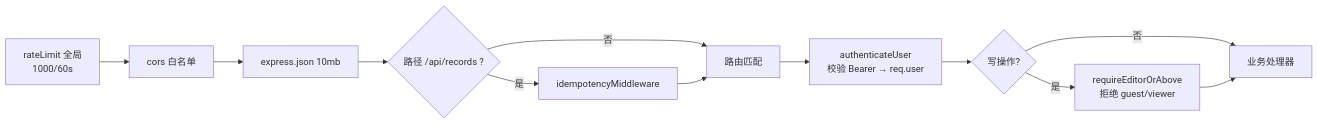
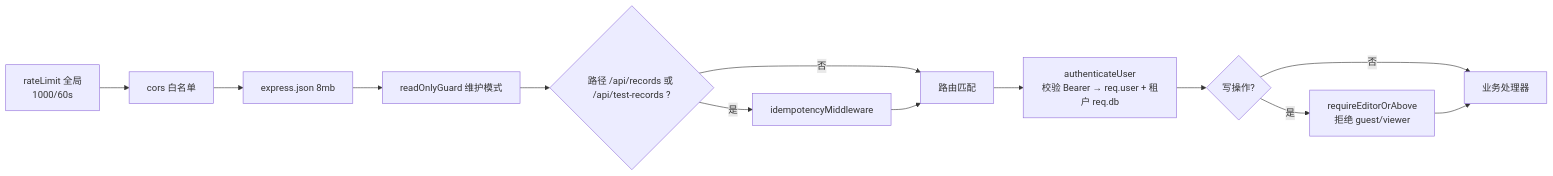
Before and after one commit to ArthurUker/Tianjiabing_foodtestlab: the fifth of 5 diagrams in README.md, drawn with Mermaid. The commit also changed other lines of this file, not shown here.

````diff
--- a/README.md
+++ b/README.md
@@ -460,13 +685,14 @@
 ```mermaid
 flowchart LR
-    R[rateLimit 全局<br/>1000/60s] --> C[cors 白名单] --> J[express.json 10mb]
-    J --> I{路径 /api/records ?}
+    R[rateLimit 全局<br/>1000/60s] --> C[cors 白名单] --> J[express.json 8mb]
+    J --> RO[readOnlyGuard 维护模式]
+    RO --> I{路径 /api/records 或 /api/test-records ?}
     I -->|是| ID[idempotencyMiddleware]
     I -->|否| RT
     ID --> RT[路由匹配]
-    RT --> AU[authenticateUser<br/>校验 Bearer → req.user]
+    RT --> AU[authenticateUser<br/>校验 Bearer → req.user + 租户 req.db]
     AU --> EW{写操作?}
     EW -->|是| RE[requireEditorOrAbove<br/>拒绝 guest/viewer]
     EW -->|否| H[业务处理器]
     RE --> H
 ```
````
